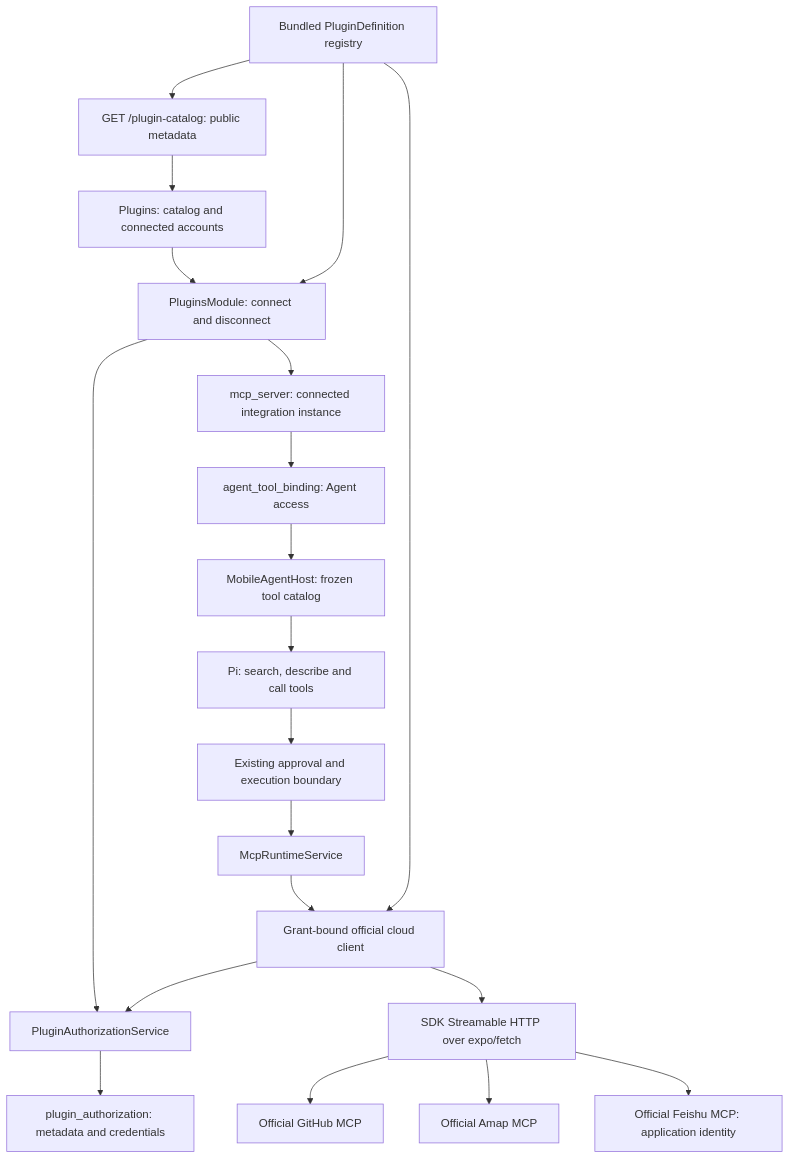
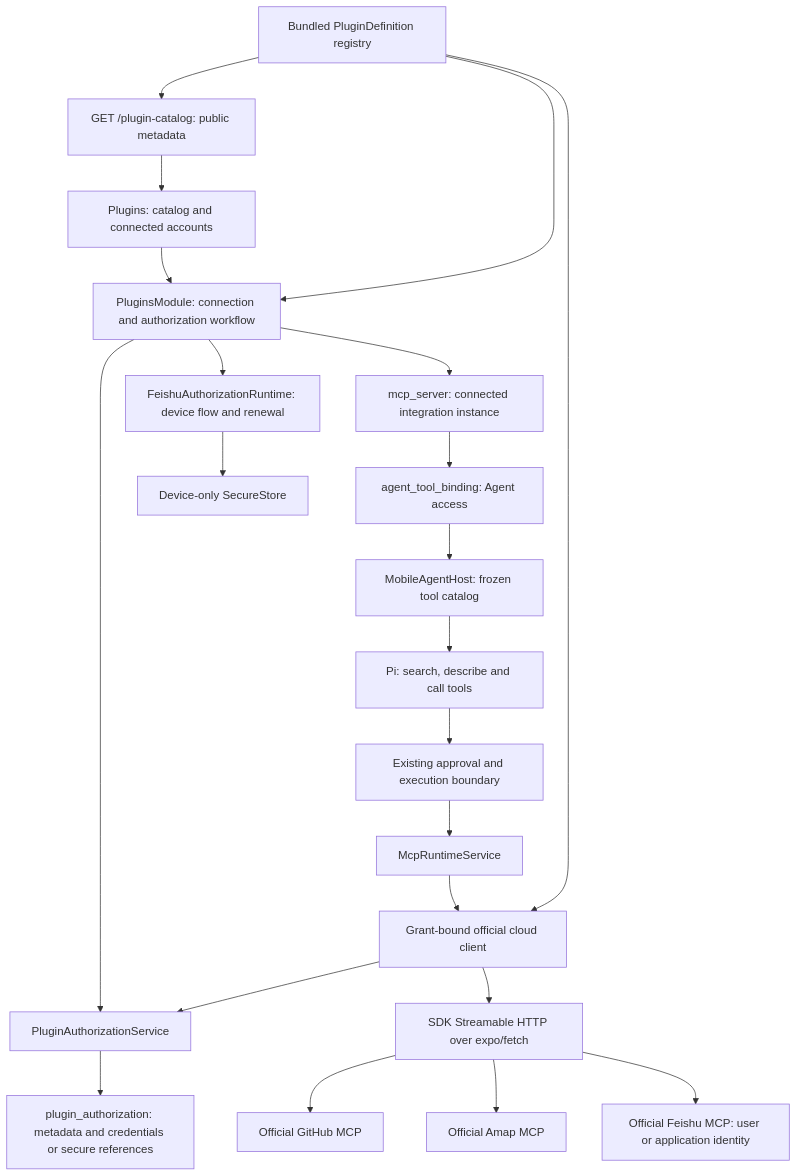
One commit to CherryHQ/cherry-studio-app changed the diagram in docs/references/agent/built-in-mcp-design.md. Above: the diagram before and after it, drawn with Mermaid. The commit also changed other lines of this file and 24 other files, not shown here.

Commit message:
feat(feishu-auth): add mobile browser authorization flow

````diff
--- a/docs/references/agent/built-in-mcp-design.md
+++ b/docs/references/agent/built-in-mcp-design.md
@@ -245,22 +286,24 @@
 ```mermaid
 flowchart TD
   Registry["Bundled PluginDefinition registry"] --> Catalog["GET /plugin-catalog: public metadata"]
   Catalog --> Settings["Plugins: catalog and connected accounts"]
-  Registry --> Workflow["PluginsModule: connect and disconnect"]
+  Registry --> Workflow["PluginsModule: connection and authorization workflow"]
   Settings --> Workflow
   Registry --> Client["Grant-bound official cloud client"]
   Workflow --> Auth["PluginAuthorizationService"]
-  Auth --> AuthTable["plugin_authorization: metadata and credentials"]
+  Auth --> AuthTable["plugin_authorization: metadata and credentials or secure references"]
+  Workflow --> UserAuth["FeishuAuthorizationRuntime: device flow and renewal"]
+  UserAuth --> Secure["Device-only SecureStore"]
   Workflow --> Server["mcp_server: connected integration instance"]
   Server --> Binding["agent_tool_binding: Agent access"]
   Binding --> Host["MobileAgentHost: frozen tool catalog"]
   Host --> Pi["Pi: search, describe and call tools"]
   Pi --> Approval["Existing approval and execution boundary"]
   Approval --> MCP["McpRuntimeService"]
   MCP --> Client["Grant-bound official cloud client"]
   Client --> Auth
   Client --> Remote["SDK Streamable HTTP over expo/fetch"]
   Remote --> GitHub["Official GitHub MCP"]
   Remote --> Amap["Official Amap MCP"]
-  Remote --> Feishu["Official Feishu MCP: application identity"]
+  Remote --> Feishu["Official Feishu MCP: user or application identity"]
 ```
````
